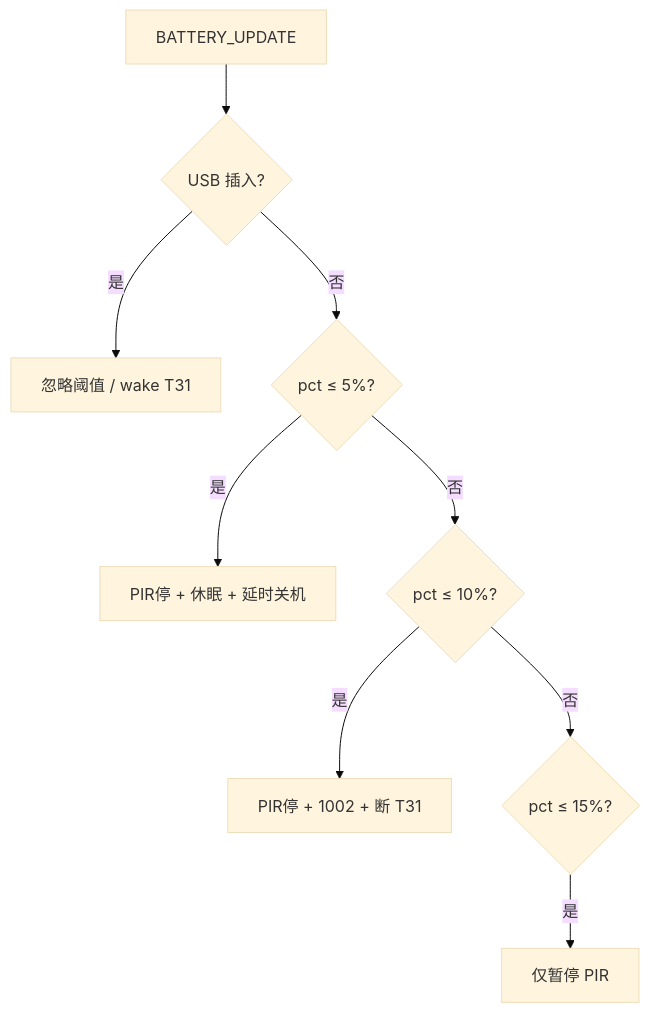
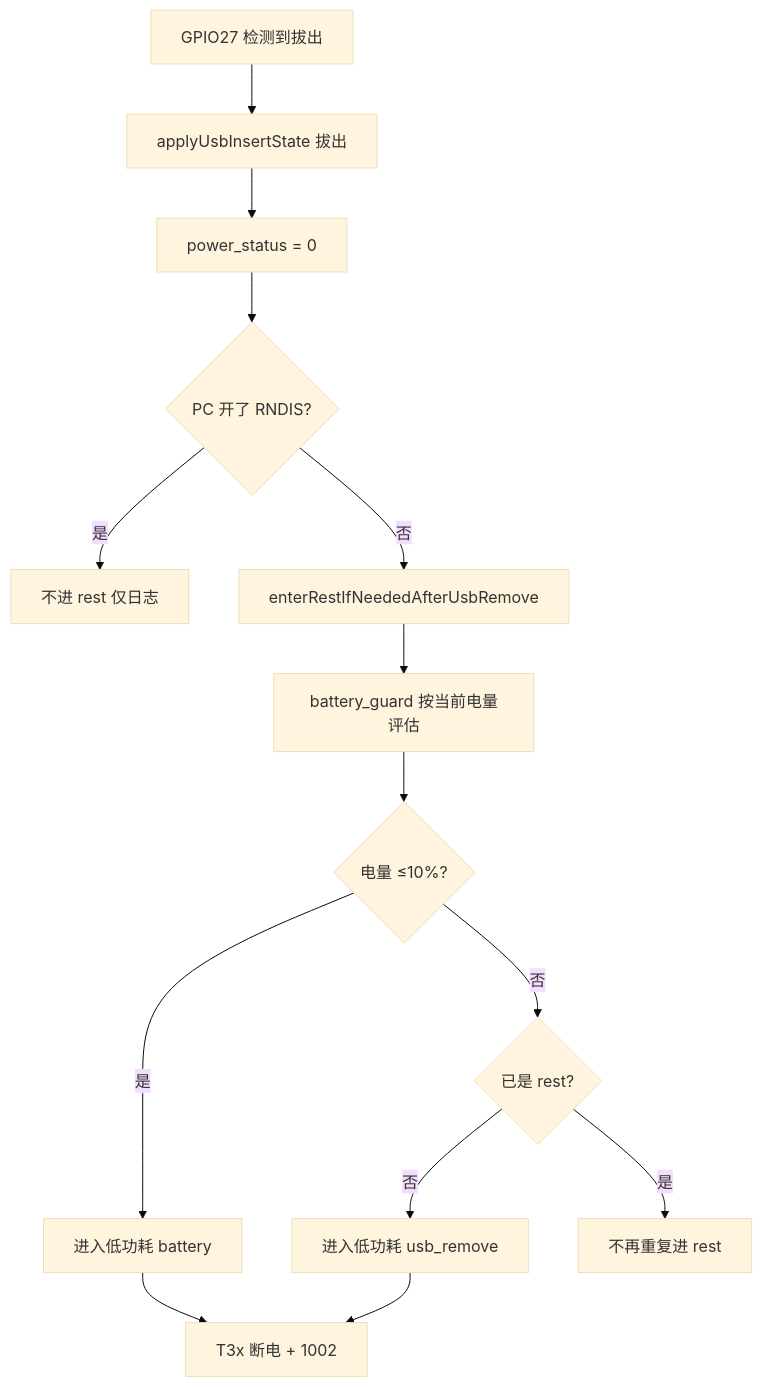
Before and after one commit to dzr1986/AIR780EHM: the third of 5 diagrams in doc/LOW_BATTERY_AND_LOW_POWER.md, drawn with Mermaid (base theme). The commit also changed other lines of this file and 107 other files, not shown here.

First line of the commit message:
Release v20260607: T3x naming, USB/T3x low-power mutual exclusion, T3X docs and T31 redirect stubs.

````diff
--- a/doc/LOW_BATTERY_AND_LOW_POWER.md
+++ b/doc/LOW_BATTERY_AND_LOW_POWER.md
@@ -198,11 +97,16 @@
 ```mermaid
 flowchart TD
-    A[BATTERY_UPDATE] --> B{USB 插入?}
-    B -->|是| C[忽略阈值 / wake T31]
-    B -->|否| D{pct ≤ 5%?}
-    D -->|是| E[PIR停 + 休眠 + 延时关机]
-    D -->|否| F{pct ≤ 10%?}
-    F -->|是| G[PIR停 + 1002 + 断 T31]
-    F -->|否| H{pct ≤ 15%?}
-    H -->|是| I[仅暂停 PIR]
+    A[GPIO27 检测到拔出] --> B[applyUsbInsertState 拔出]
+    B --> C[power_status = 0]
+    C --> D{PC 开了 RNDIS?}
+    D -->|是| E[不进 rest 仅日志]
+    D -->|否| F[enterRestIfNeededAfterUsbRemove]
+    F --> G[battery_guard 按当前电量评估]
+    G --> H{电量 ≤10%?}
+    H -->|是| I[进入低功耗 battery]
+    H -->|否| J{已是 rest?}
+    J -->|否| K[进入低功耗 usb_remove]
+    J -->|是| L[不再重复进 rest]
+    I --> M[T3x 断电 + 1002]
+    K --> M
 ```
````
